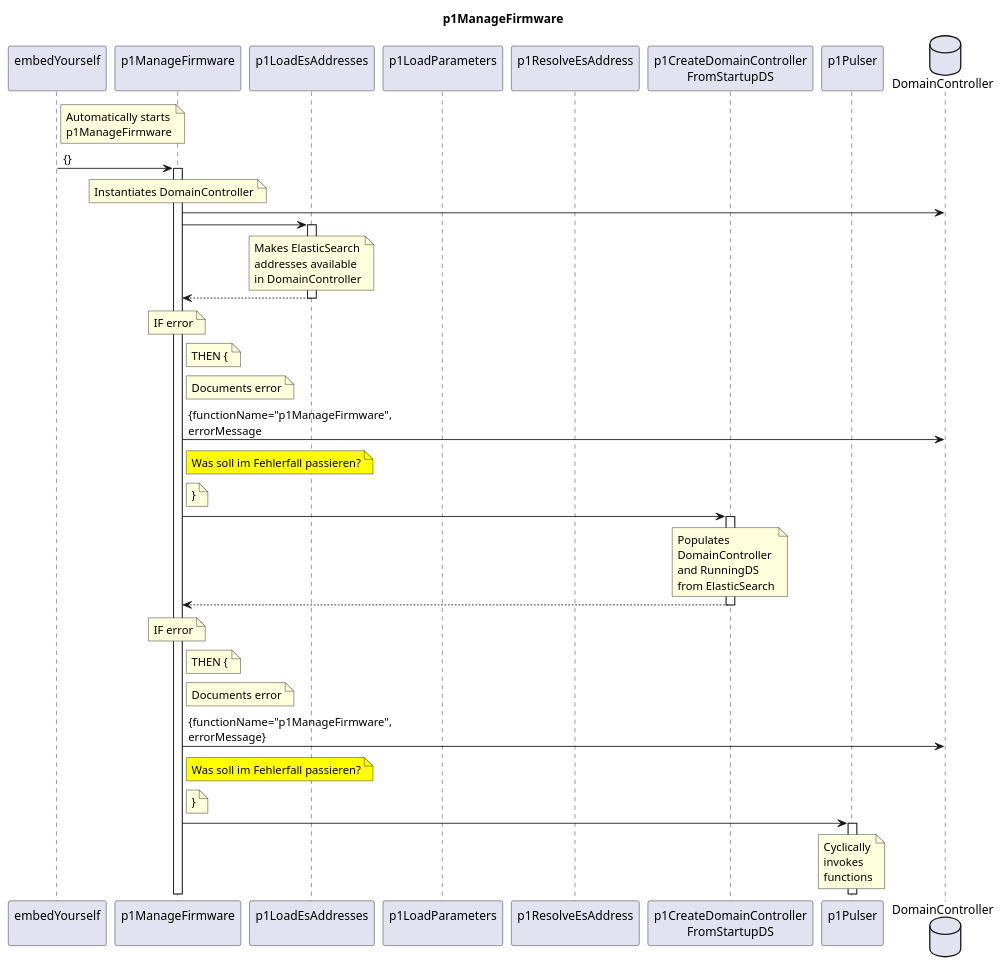
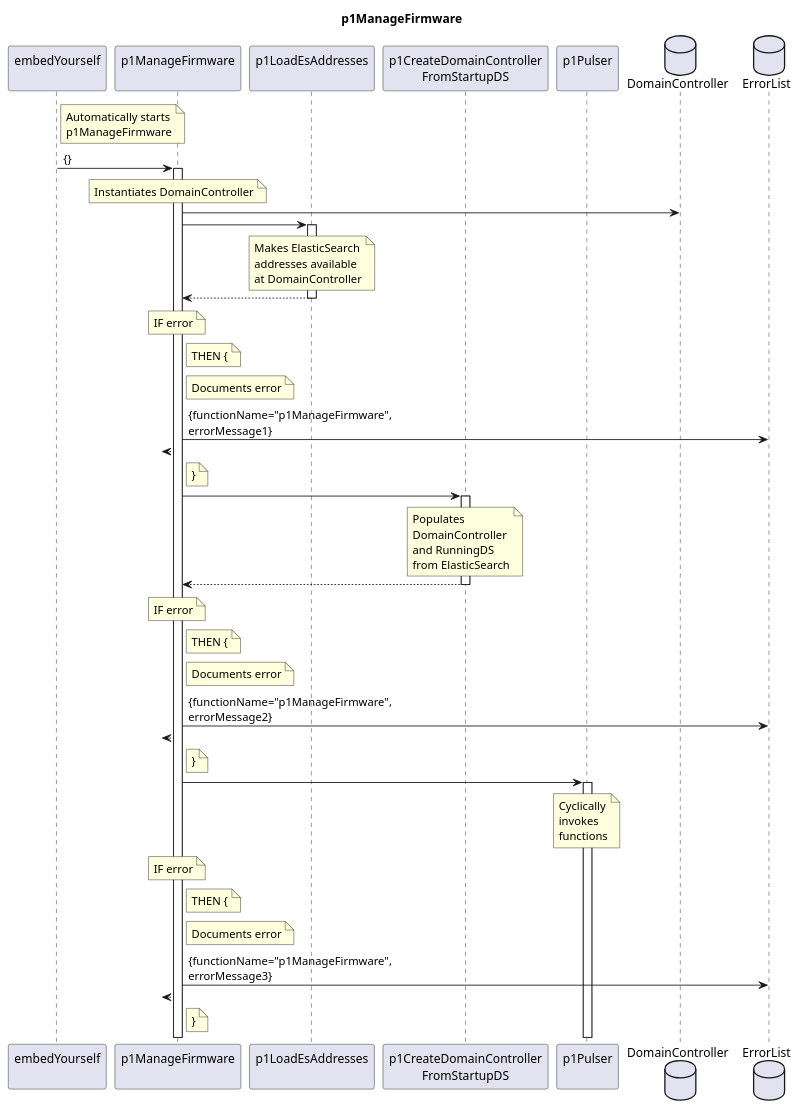
Before and after one commit to openBackhaul/FirmWareManager: the diagram in spec/Functions/Administrative/p1ManageFirmware/1.0.0/p1ManageFirmware.plantuml, drawn with PlantUML. The commit also changed 14 other files, not shown here.

Commit message:
Finalize sequence in p1LoadEsAddresses

```diff
--- a/spec/Functions/Administrative/p1ManageFirmware/1.0.0/p1ManageFirmware.plantuml
+++ b/spec/Functions/Administrative/p1ManageFirmware/1.0.0/p1ManageFirmware.plantuml
@@ -1,90 +1,99 @@
 @startuml p1ManageFirmware
 skinparam responseMessageBelowArrow true
 
 title
   p1ManageFirmware
 end title
 
 participant "embedYourself\n" as embed
 participant "p1ManageFirmware\n" as p1ManaFw
 participant "p1LoadEsAddresses\n" as p1LEA
-participant "p1LoadParameters\n" as p1LP
-participant "p1ResolveEsAddress\n" as p1REA
 participant "p1CreateDomainController\nFromStartupDS" as p1CDCFS
 participant "p1Pulser\n" as p1Puls
 database "DomainController" as DC
+database "ErrorList" as hEL
 
 note right embed
   Automatically starts
   p1ManageFirmware
 end note
 embed -> p1ManaFw : {}
 activate p1ManaFw
 
   note over p1ManaFw
     Instantiates DomainController
   end note
   p1ManaFw -> DC
 
   p1ManaFw -> p1LEA
   activate p1LEA
     note over p1LEA
       Makes ElasticSearch
       addresses available
-      in DomainController
+      at DomainController
     end note
   p1ManaFw <-- p1LEA
   deactivate p1LEA
   note over p1ManaFw
     IF error
   end note
   note right p1ManaFw
     THEN {
   end note
   note right p1ManaFw
     Documents error
   end note
-  p1ManaFw -> DC: {functionName="p1ManageFirmware",\nerrorMessage
-  note right p1ManaFw #Yellow
-    Was soll im Fehlerfall passieren?
-  end note
+  p1ManaFw -> hEL: {functionName="p1ManageFirmware",\nerrorMessage1}
+  ?<-- p1ManaFw
   note right p1ManaFw
     }
   end note
 
   p1ManaFw -> p1CDCFS
   activate p1CDCFS
     note over p1CDCFS
       Populates
       DomainController
       and RunningDS
       from ElasticSearch
     end note
   p1ManaFw <-- p1CDCFS
   deactivate p1CDCFS
   note over p1ManaFw
     IF error
   end note
   note right p1ManaFw
     THEN {
   end note
   note right p1ManaFw
     Documents error
   end note
-  p1ManaFw -> DC: {functionName="p1ManageFirmware",\nerrorMessage}
-  note right p1ManaFw #Yellow
-    Was soll im Fehlerfall passieren?
-  end note
+  p1ManaFw -> hEL: {functionName="p1ManageFirmware",\nerrorMessage2}
+  ?<-- p1ManaFw
   note right p1ManaFw
     }
   end note
-  
+
   p1ManaFw -> p1Puls
   activate p1Puls
     note over p1Puls
       Cyclically
       invokes
       functions
     end note
+  note over p1ManaFw
+    IF error
+  end note
+  note right p1ManaFw
+    THEN {
+  end note
+  note right p1ManaFw
+    Documents error
+  end note
+  p1ManaFw -> hEL: {functionName="p1ManageFirmware",\nerrorMessage3}
+  ?<-- p1ManaFw
+  note right p1ManaFw
+    }
+  end note
 
 @enduml
```
